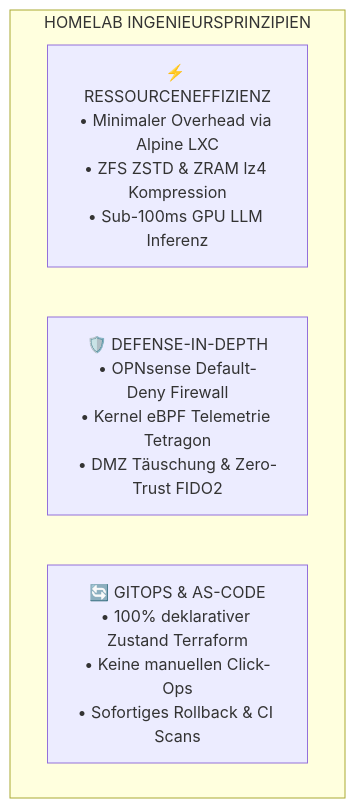
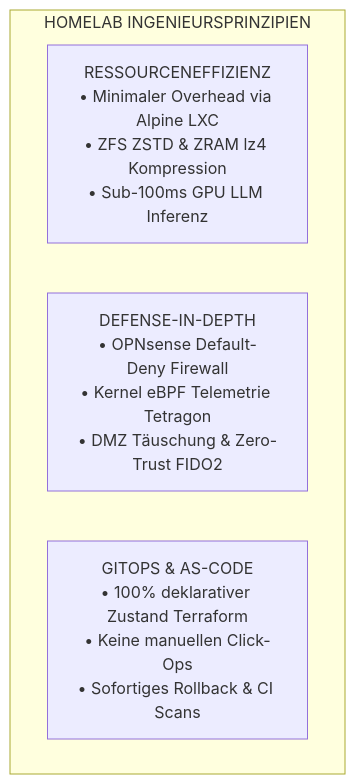
One commit to stefanutc1/datacenter changed the first of 4 diagrams in README.de.md. Above: the diagram before and after it, drawn with Mermaid. The commit also changed other lines of this file and 7 other files, not shown here.

````diff
--- a/README.de.md
+++ b/README.de.md
@@ -54,9 +54,9 @@
 ```mermaid
 flowchart LR
-    subgraph Principles["HOMELAB INGENIEURSPRINZIPIEN"]
-        direction LR
-        P1["⚡ RESSOURCENEFFIZIENZ<br/>• Minimaler Overhead via Alpine LXC<br/>• ZFS ZSTD & ZRAM lz4 Kompression<br/>• Sub-100ms GPU LLM Inferenz"]
-        P2["🛡️ DEFENSE-IN-DEPTH<br/>• OPNsense Default-Deny Firewall<br/>• Kernel eBPF Telemetrie Tetragon<br/>• DMZ Täuschung & Zero-Trust FIDO2"]
-        P3["🔄 GITOPS & AS-CODE<br/>• 100% deklarativer Zustand Terraform<br/>• Keine manuellen Click-Ops<br/>• Sofortiges Rollback & CI Scans"]
-    end
+ subgraph Principles["HOMELAB INGENIEURSPRINZIPIEN"]
+ direction LR
+ P1["RESSOURCENEFFIZIENZ<br/>• Minimaler Overhead via Alpine LXC<br/>• ZFS ZSTD & ZRAM lz4 Kompression<br/>• Sub-100ms GPU LLM Inferenz"]
+ P2["DEFENSE-IN-DEPTH<br/>• OPNsense Default-Deny Firewall<br/>• Kernel eBPF Telemetrie Tetragon<br/>• DMZ Täuschung & Zero-Trust FIDO2"]
+ P3["GITOPS & AS-CODE<br/>• 100% deklarativer Zustand Terraform<br/>• Keine manuellen Click-Ops<br/>• Sofortiges Rollback & CI Scans"]
+ end
 ```
````
